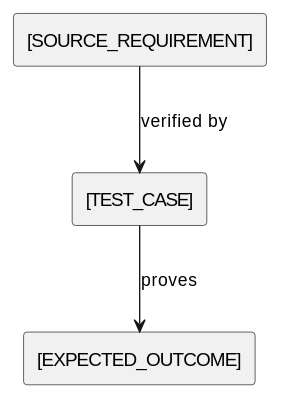
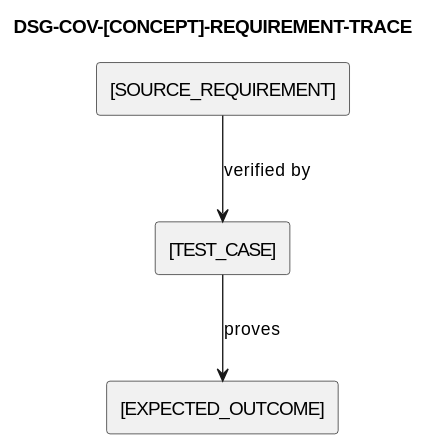
Before and after one commit to ruifrvaz/smaqit: the diagram in templates/designs/coverage.template.md, drawn with PlantUML. The commit also changed 9 other files, not shown here.

````diff
--- a/templates/designs/coverage.template.md
+++ b/templates/designs/coverage.template.md
@@ -21,9 +21,10 @@
 ```plantuml
 @startuml
+title DSG-COV-[CONCEPT]-REQUIREMENT-TRACE
 rectangle "[SOURCE_REQUIREMENT]" as Requirement
 rectangle "[TEST_CASE]" as TestCase
 rectangle "[EXPECTED_OUTCOME]" as Outcome
 Requirement --> TestCase : verified by
 TestCase --> Outcome : proves
 @enduml
 ```
````
